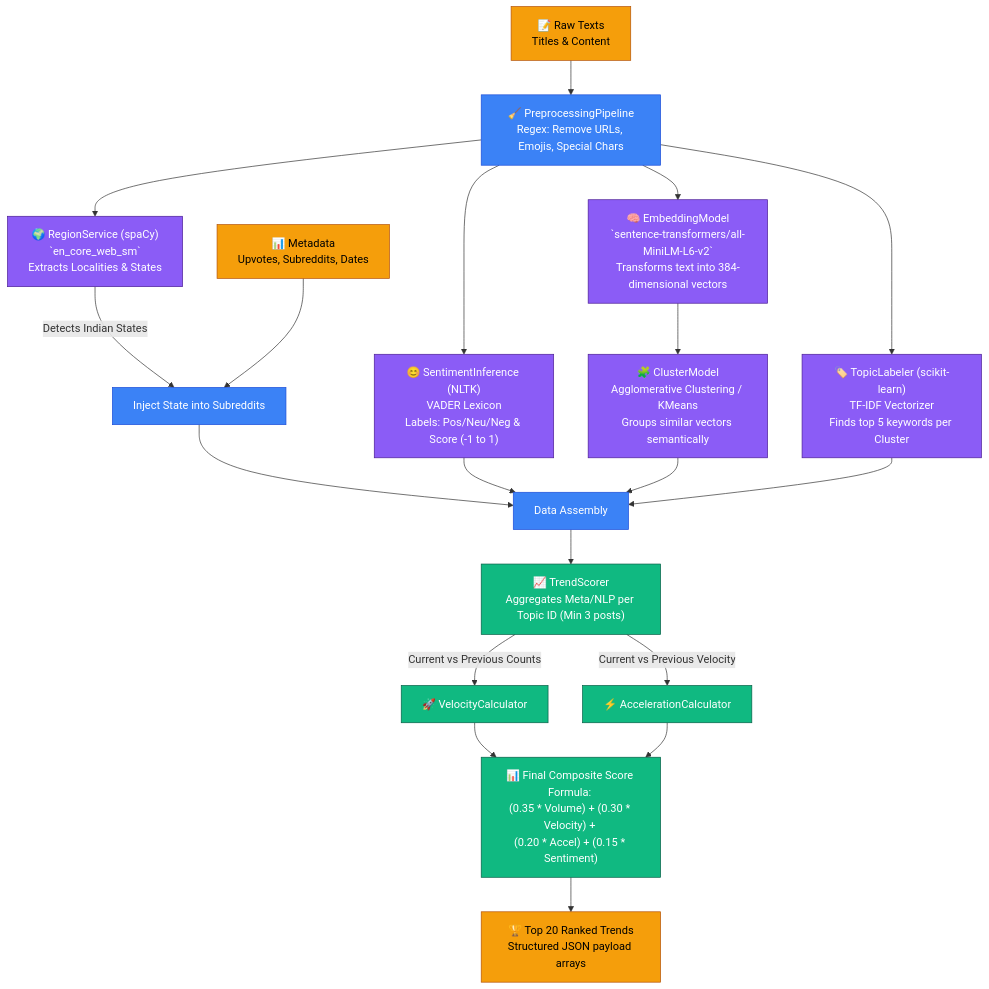
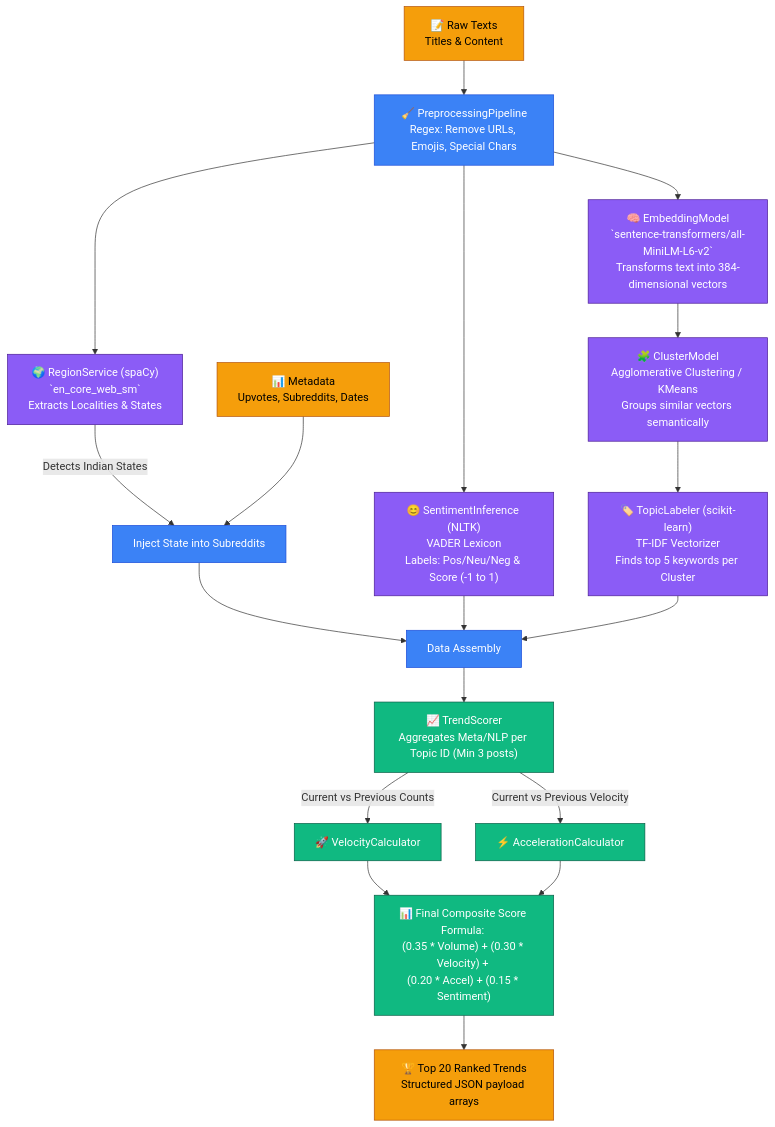
Before and after one commit to devbyhimans/Trend_Intelligence: the third of 4 diagrams in README.md, drawn with Mermaid. The commit also changed 4 other files, not shown here.

````diff
--- a/README.md
+++ b/README.md
@@ -365,36 +365,35 @@
 ```mermaid
 flowchart TD
 
 classDef process    fill:#3b82f6,stroke:#1d4ed8,color:#fff;
 classDef model      fill:#8b5cf6,stroke:#4c1d95,color:#fff;
 classDef data       fill:#f59e0b,stroke:#b45309,color:#000;
 classDef math       fill:#10b981,stroke:#065f46,color:#fff;
 
 RAW["📝 Raw Texts\nTitles & Content"]:::data
 META["📊 Metadata\nUpvotes, Subreddits, Dates"]:::data
 
 RAW --> PREPROC["🧹 PreprocessingPipeline\nRegex: Remove URLs, Emojis, Special Chars"]:::process
 
 PREPROC --> NER["🌍 RegionService (spaCy)\n`en_core_web_sm`\nExtracts Localities & States"]:::model
 NER -->|"Detects Indian States"| META_UPDATE["Inject State into Subreddits"]:::process
 META --> META_UPDATE
 META_UPDATE --> AGG["Data Assembly"]:::process
 
 PREPROC --> VADER["😊 SentimentInference (NLTK)\nVADER Lexicon\nLabels: Pos/Neu/Neg & Score (-1 to 1)"]:::model
 VADER --> AGG
 
 PREPROC --> EMBED["🧠 EmbeddingModel\n`sentence-transformers/all-MiniLM-L6-v2`\nTransforms text into 384-dimensional vectors"]:::model
 EMBED --> CLUSTER["🧩 ClusterModel\nAgglomerative Clustering / KMeans\nGroups similar vectors semantically"]:::model
-CLUSTER --> AGG
 
-PREPROC --> TFIDF["🏷️ TopicLabeler (scikit-learn)\nTF-IDF Vectorizer\nFinds top 5 keywords per Cluster"]:::model
+CLUSTER --> TFIDF["🏷️ TopicLabeler (scikit-learn)\nTF-IDF Vectorizer\nFinds top 5 keywords per Cluster"]:::model
 TFIDF --> AGG
 
 AGG --> SCORE["📈 TrendScorer\nAggregates Meta/NLP per Topic ID (Min 3 posts)"]:::math
 SCORE -->|Current vs Previous Counts| VEL["🚀 VelocityCalculator"]:::math
 SCORE -->|Current vs Previous Velocity| ACC["⚡ AccelerationCalculator"]:::math
 
 VEL & ACC --> FINAL_FORMULA["📊 Final Composite Score Formula: \n(0.35 * Volume) + (0.30 * Velocity) + \n(0.20 * Accel) + (0.15 * Sentiment)"]:::math
 
 FINAL_FORMULA --> OUTPUT["🏆 Top 20 Ranked Trends\nStructured JSON payload arrays"]:::data
 ```
````
